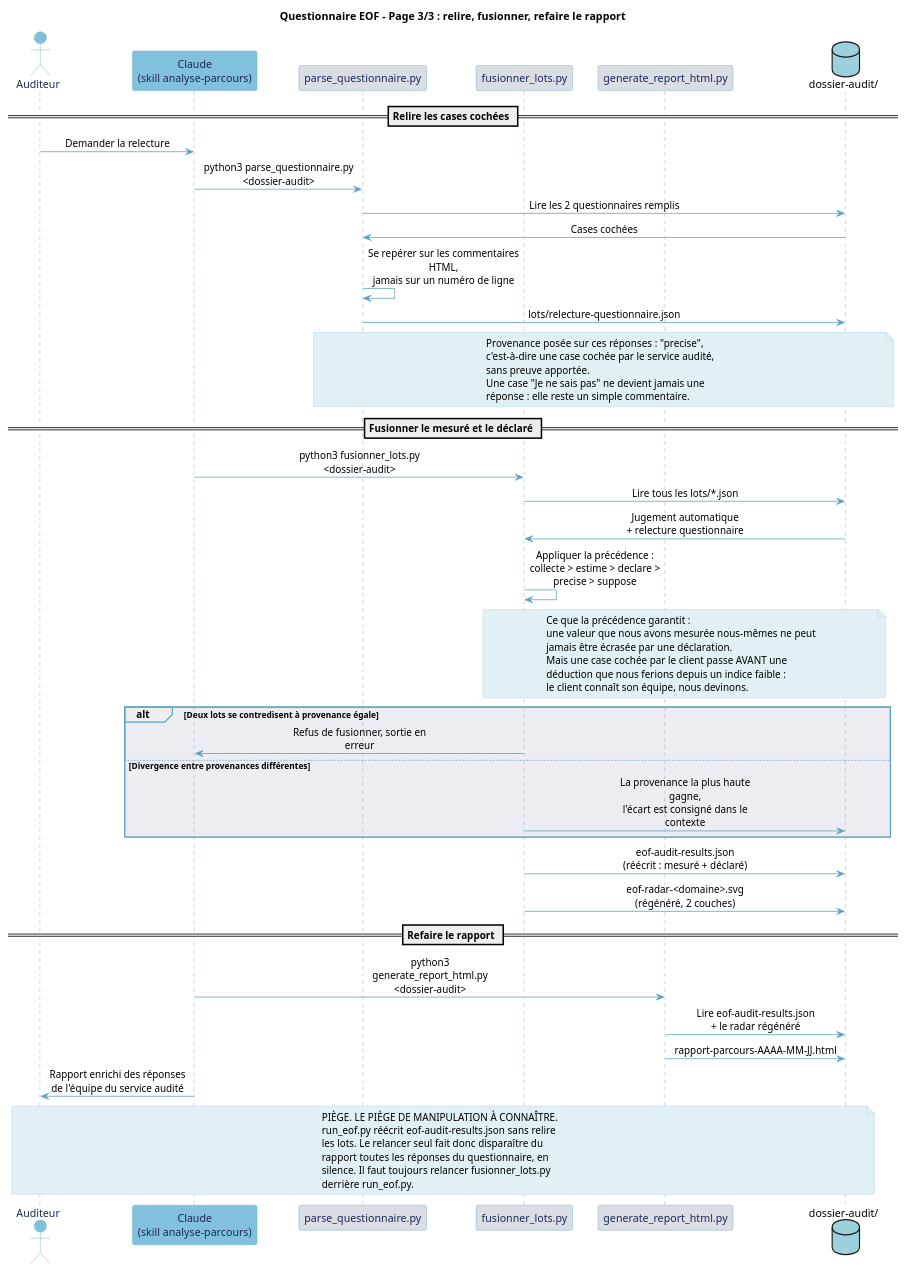
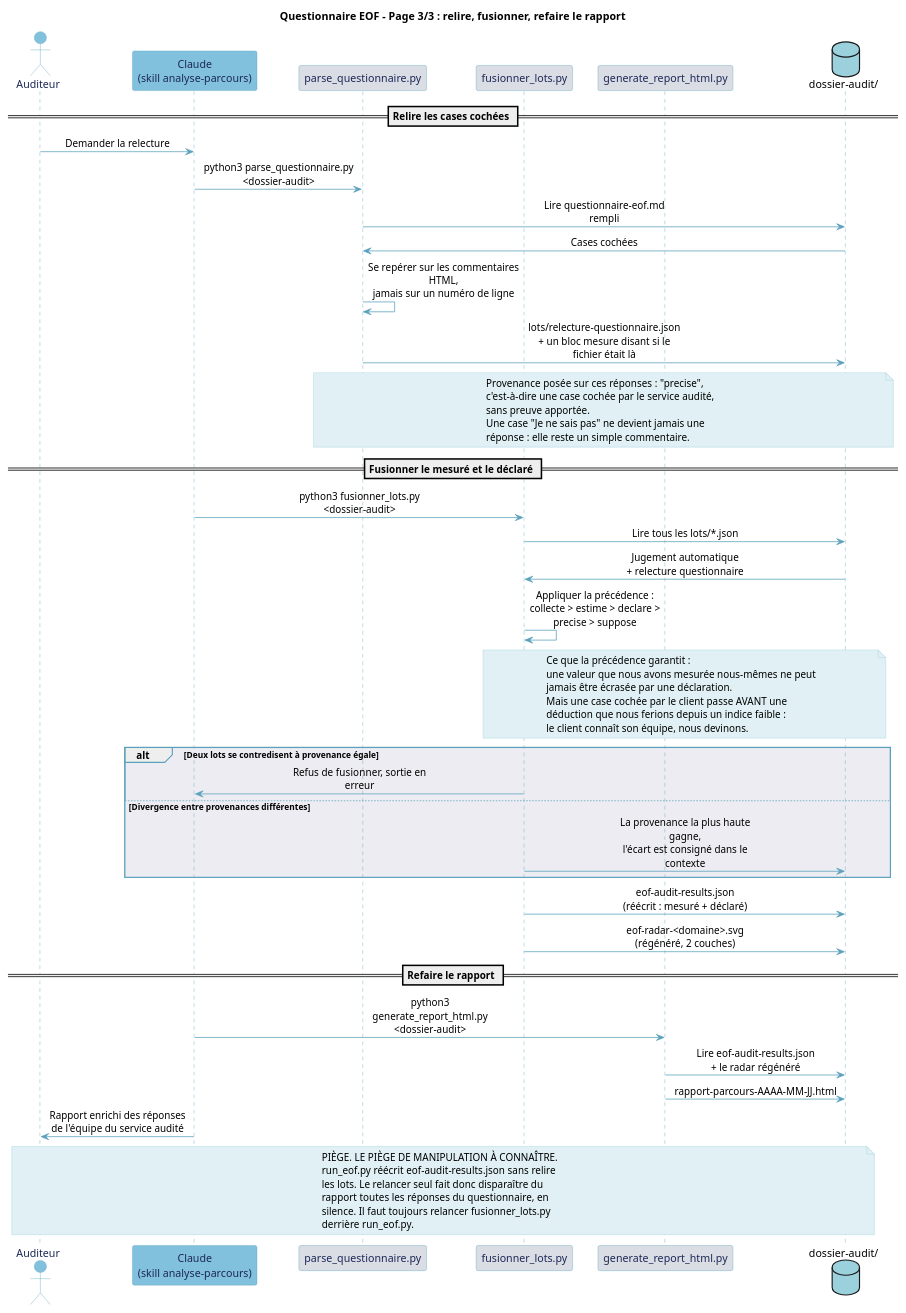
Before and after one commit to Boavizta/eroom: the diagram in documentation/diagrammes/eof-questionnaire-sequence-p3.puml, drawn with PlantUML. The commit also changed 4 other files, not shown here.

First line of the commit message:
docs(diagrammes): le circuit dessine ne parle plus de deux fichiers

```diff
--- a/documentation/diagrammes/eof-questionnaire-sequence-p3.puml
+++ b/documentation/diagrammes/eof-questionnaire-sequence-p3.puml
@@ -1,90 +1,90 @@
 @startuml eof-questionnaire-sequence-p3
 title Questionnaire EOF - Page 3/3 : relire, fusionner, refaire le rapport
 
 skinparam backgroundColor #FFFFFF
 skinparam participant {
   BackgroundColor #E0F0F4
   BorderColor #5BA1BC
   FontColor #1C2856
 }
 skinparam actor {
   BackgroundColor #E0F0F4
   BorderColor #5BA1BC
   FontColor #1C2856
 }
 skinparam ArrowColor #5BA1BC
 skinparam SequenceLifeLineBorderColor #5BA1BC
 skinparam SequenceGroupBodyBackgroundColor #ECECF2
 skinparam SequenceGroupBorderColor #5BA1BC
 skinparam NoteBackgroundColor #E0F0F4
 skinparam NoteBorderColor #9BD0DD
 skinparam sequenceMessageAlign center
 skinparam maxMessageSize 200
 skinparam responseMessageBelowArrow true
 
 actor "Auditeur" as U #82C1DD
 participant "Claude\n(skill analyse-parcours)" as C #82C1DD
 participant "parse_questionnaire.py" as PQ #DBDDE5
 participant "fusionner_lots.py" as FL #DBDDE5
 participant "generate_report_html.py" as GR #DBDDE5
 database "dossier-audit/" as FS #9BD0DD
 
 == Relire les cases cochées ==
 
 U -> C : Demander la relecture
 C -> PQ : python3 parse_questionnaire.py <dossier-audit>
-PQ -> FS : Lire les 2 questionnaires remplis
+PQ -> FS : Lire questionnaire-eof.md rempli
 FS -> PQ : Cases cochées
 PQ -> PQ : Se repérer sur les commentaires HTML,\njamais sur un numéro de ligne
-PQ -> FS : lots/relecture-questionnaire.json
+PQ -> FS : lots/relecture-questionnaire.json\n+ un bloc mesure disant si le fichier était là
 
 note over PQ, FS
   Provenance posée sur ces réponses : "precise",
   c'est-à-dire une case cochée par le service audité,
   sans preuve apportée.
   Une case "Je ne sais pas" ne devient jamais une
   réponse : elle reste un simple commentaire.
 end note
 
 == Fusionner le mesuré et le déclaré ==
 
 C -> FL : python3 fusionner_lots.py <dossier-audit>
 FL -> FS : Lire tous les lots/*.json
 FS -> FL : Jugement automatique\n+ relecture questionnaire
 FL -> FL : Appliquer la précédence :\ncollecte > estime > declare > precise > suppose
 
 note over FL, FS
   Ce que la précédence garantit :
   une valeur que nous avons mesurée nous-mêmes ne peut
   jamais être écrasée par une déclaration.
   Mais une case cochée par le client passe AVANT une
   déduction que nous ferions depuis un indice faible :
   le client connaît son équipe, nous devinons.
 end note
 
 alt Deux lots se contredisent à provenance égale
   FL -> C : Refus de fusionner, sortie en erreur
 else Divergence entre provenances différentes
   FL -> FS : La provenance la plus haute gagne,\nl'écart est consigné dans le contexte
 end
 
 FL -> FS : eof-audit-results.json\n(réécrit : mesuré + déclaré)
 FL -> FS : eof-radar-<domaine>.svg\n(régénéré, 2 couches)
 
 == Refaire le rapport ==
 
 C -> GR : python3 generate_report_html.py <dossier-audit>
 GR -> FS : Lire eof-audit-results.json\n+ le radar régénéré
 GR -> FS : rapport-parcours-AAAA-MM-JJ.html
 C -> U : Rapport enrichi des réponses\nde l'équipe du service audité
 
 note over U, FS
   PIÈGE. LE PIÈGE DE MANIPULATION À CONNAÎTRE.
   run_eof.py réécrit eof-audit-results.json sans relire
   les lots. Le relancer seul fait donc disparaître du
   rapport toutes les réponses du questionnaire, en
   silence. Il faut toujours relancer fusionner_lots.py
   derrière run_eof.py.
 end note
 
 @enduml
```
